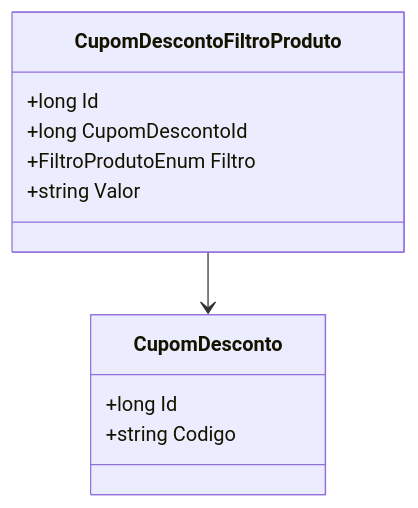
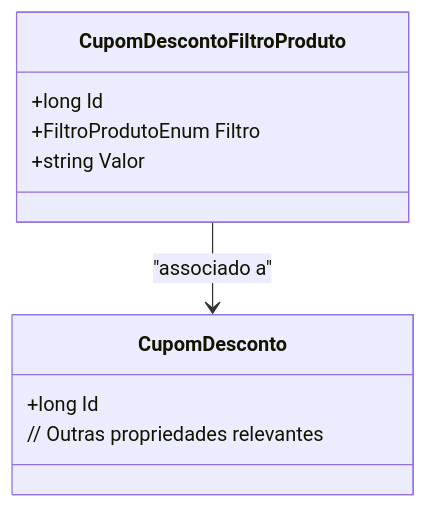
The diagram in docs/b2b-dominio/IsthmusWinthor.Nucleo/IsthmusWinthor.Dominio/Entidades/CupomDescontoFiltroProduto.md (IsthmusSistemas/documentacao-tecnica), drawn with Mermaid before and after one commit. The commit also changed other lines of this file and 882 other files, not shown here.

````diff
--- a/docs/b2b-dominio/IsthmusWinthor.Nucleo/IsthmusWinthor.Dominio/Entidades/CupomDescontoFiltroProduto.md
+++ b/docs/b2b-dominio/IsthmusWinthor.Nucleo/IsthmusWinthor.Dominio/Entidades/CupomDescontoFiltroProduto.md
@@ -18,16 +22,15 @@
 ```mermaid
 classDiagram
     class CupomDescontoFiltroProduto {
         +long Id
-        +long CupomDescontoId
         +FiltroProdutoEnum Filtro
         +string Valor
     }
-
+    
     class CupomDesconto {
         +long Id
-        +string Codigo
+        // Outras propriedades relevantes
     }
-
-    CupomDescontoFiltroProduto --> CupomDesconto
+    
+    CupomDescontoFiltroProduto --> CupomDesconto : "associado a"
 ```  
````
